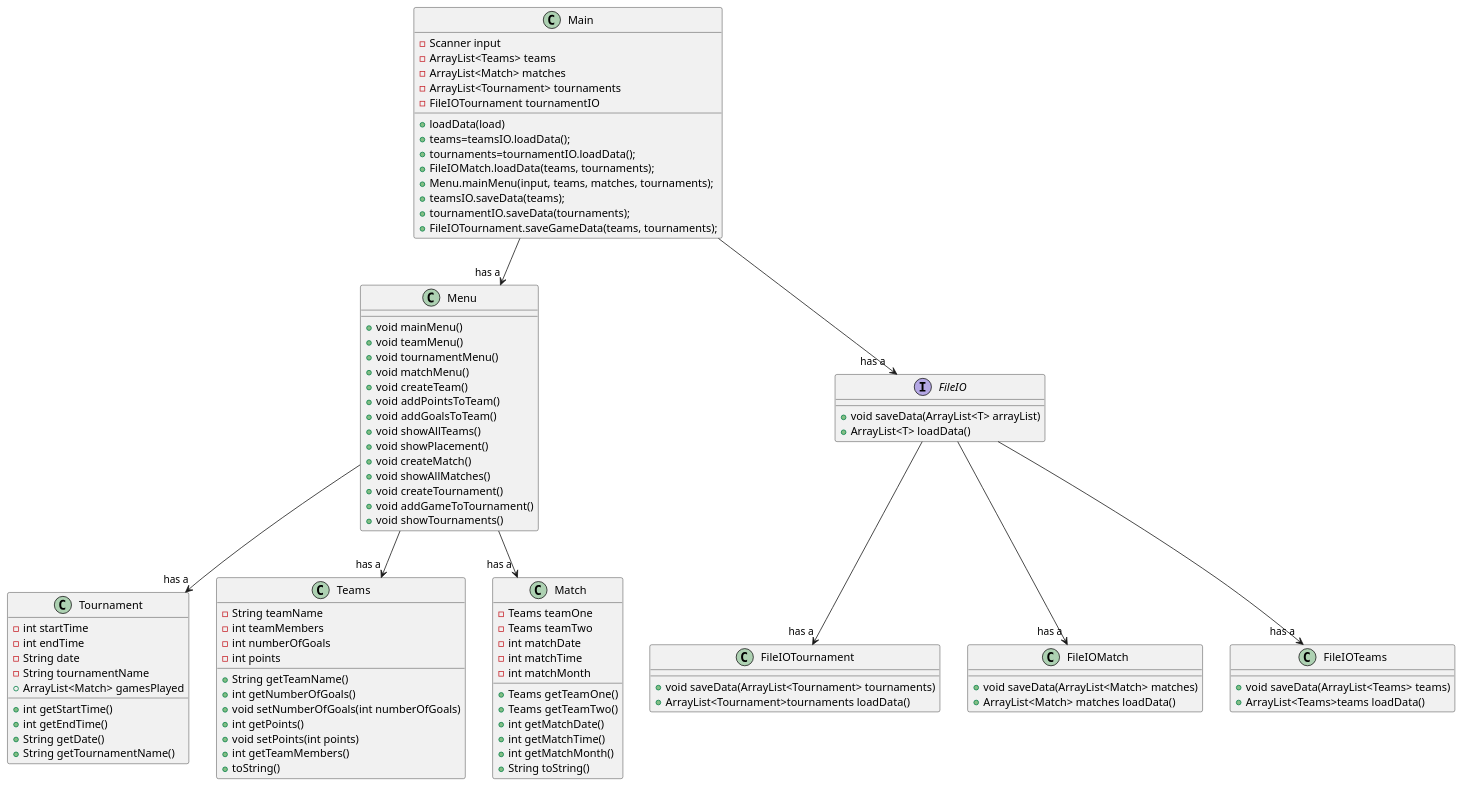
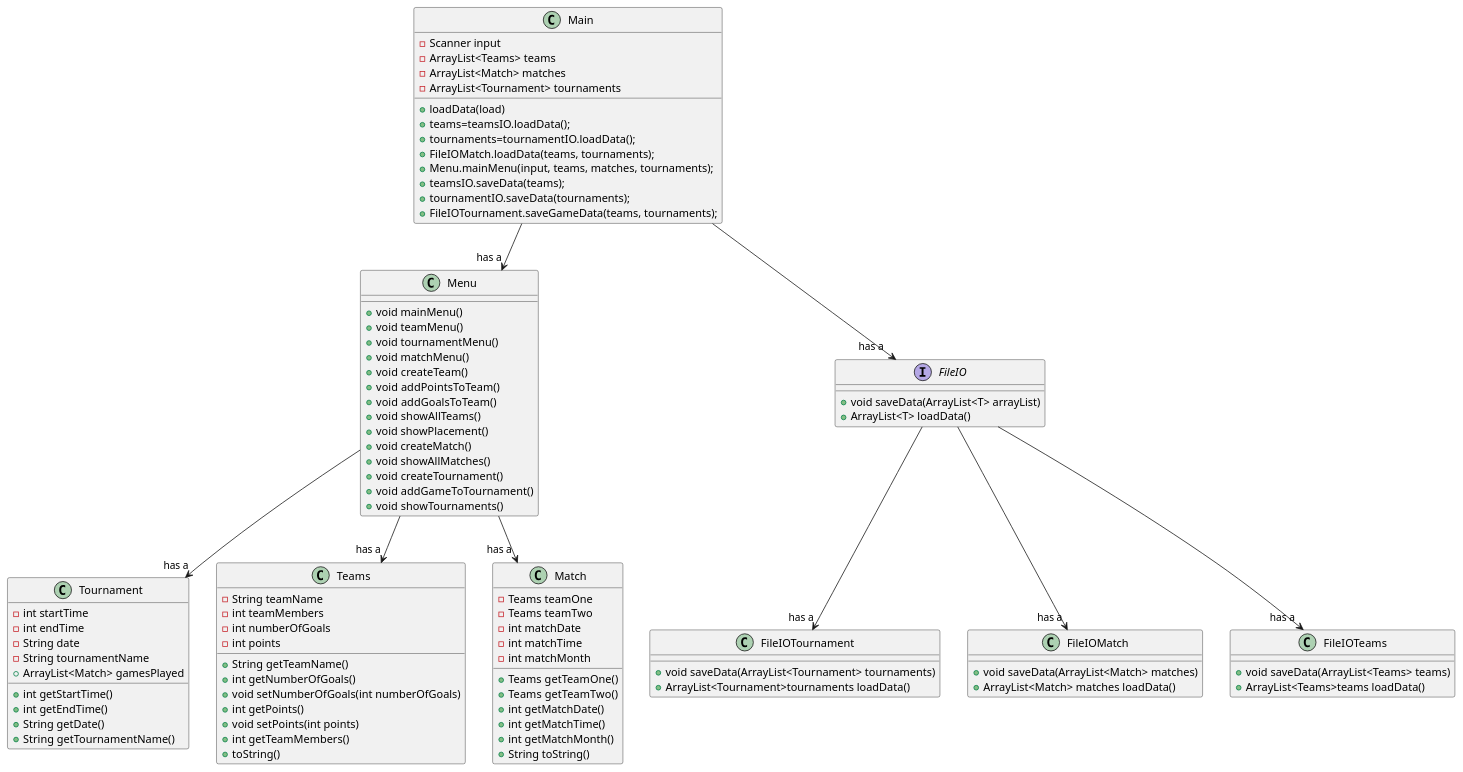
The diagram in src/dokumentation/ClassDiagram.puml (Ravnkilde1995/F22SP3-GroupJ), drawn with PlantUML before and after one commit. The commit also changed 7 other files, not shown here.

Commit message:
updated ClassDiagram added methods in menu

```diff
--- a/src/dokumentation/ClassDiagram.puml
+++ b/src/dokumentation/ClassDiagram.puml
@@ -1,109 +1,108 @@
 @startuml
 
 Main --> "has a " Menu
 Menu --> "has a " Tournament
 Menu --> "has a " Teams
 Menu --> "has a " Match
 Main --> "has a " FileIO
 FileIO --> "has a"FileIOTournament
 FileIO --> "has a" FileIOMatch
 FileIO --> "has a"FileIOTeams
 
 Class Main {
 - Scanner input
 - ArrayList<Teams> teams
 - ArrayList<Match> matches
 - ArrayList<Tournament> tournaments
-- FileIOTournament tournamentIO
 + loadData(load)
 + teams=teamsIO.loadData();
 + tournaments=tournamentIO.loadData();
 + FileIOMatch.loadData(teams, tournaments);
 + Menu.mainMenu(input, teams, matches, tournaments);
-+teamsIO.saveData(teams);
-+tournamentIO.saveData(tournaments);
++ teamsIO.saveData(teams);
++ tournamentIO.saveData(tournaments);
 + FileIOTournament.saveGameData(teams, tournaments);
 
 }
 
 Class Menu {
 + void mainMenu()
 + void teamMenu()
 + void tournamentMenu()
 + void matchMenu()
 + void createTeam()
 + void addPointsToTeam()
 + void addGoalsToTeam()
 + void showAllTeams()
 + void showPlacement()
 + void createMatch()
 + void showAllMatches()
 + void createTournament()
 + void addGameToTournament()
 + void showTournaments()
 
 }
 
 Class Tournament {
 - int startTime
 - int endTime
 - String date
 - String tournamentName
 + ArrayList<Match> gamesPlayed
 + int getStartTime()
 + int getEndTime()
 + String getDate()
 + String getTournamentName()
 
 }
 
 Class Teams {
 - String teamName
 - int teamMembers
 - int numberOfGoals
 - int points
 + String getTeamName()
 + int getNumberOfGoals()
 + void setNumberOfGoals(int numberOfGoals)
 + int getPoints()
 + void setPoints(int points)
 + int getTeamMembers()
 + toString()
 }
 
 
 Class Match {
 - Teams teamOne
 - Teams teamTwo
 - int matchDate
 - int matchTime
 - int matchMonth
 + Teams getTeamOne()
 + Teams getTeamTwo()
 + int getMatchDate()
 + int getMatchTime()
 + int getMatchMonth()
 + String toString()
 }
 
 interface FileIO{
 + void saveData(ArrayList<T> arrayList)
 + ArrayList<T> loadData()
 }
 
 Class FileIOTeams{
 + void saveData(ArrayList<Teams> teams)
 + ArrayList<Teams>teams loadData()
 }
 
 Class FileIOTournament{
 + void saveData(ArrayList<Tournament> tournaments)
 + ArrayList<Tournament>tournaments loadData()
 }
 
 Class FileIOMatch{
 + void saveData(ArrayList<Match> matches)
 + ArrayList<Match> matches loadData()
 }
 
 @enduml
```
